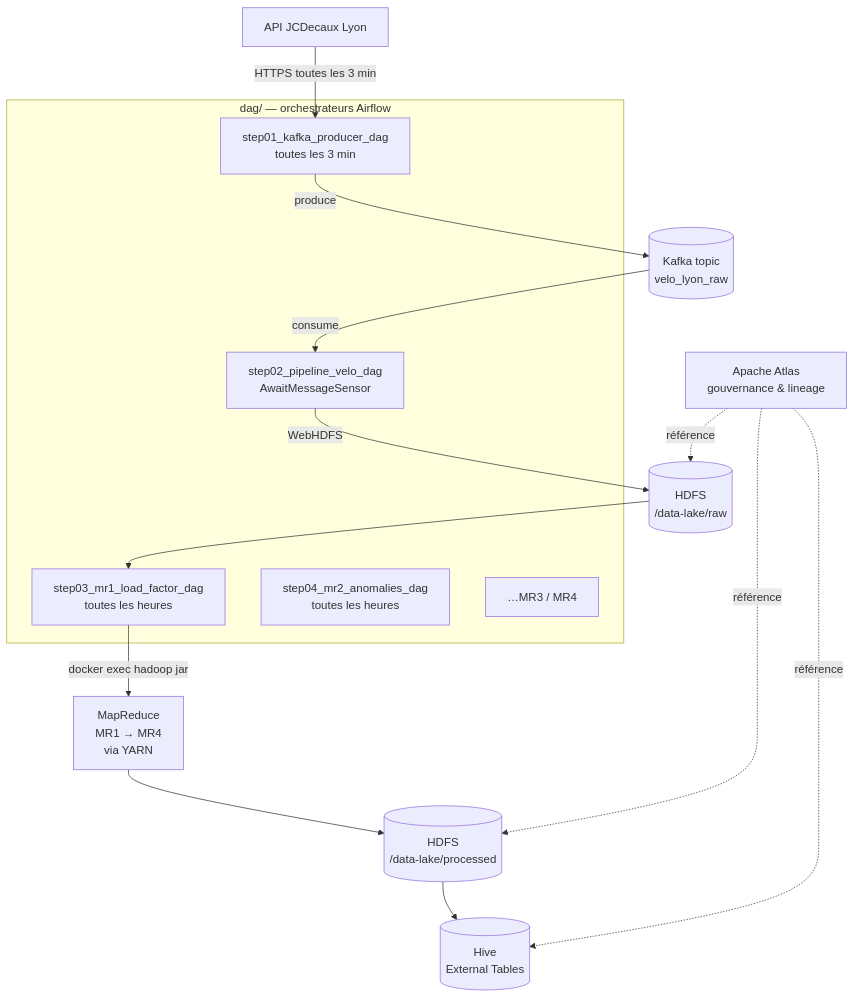
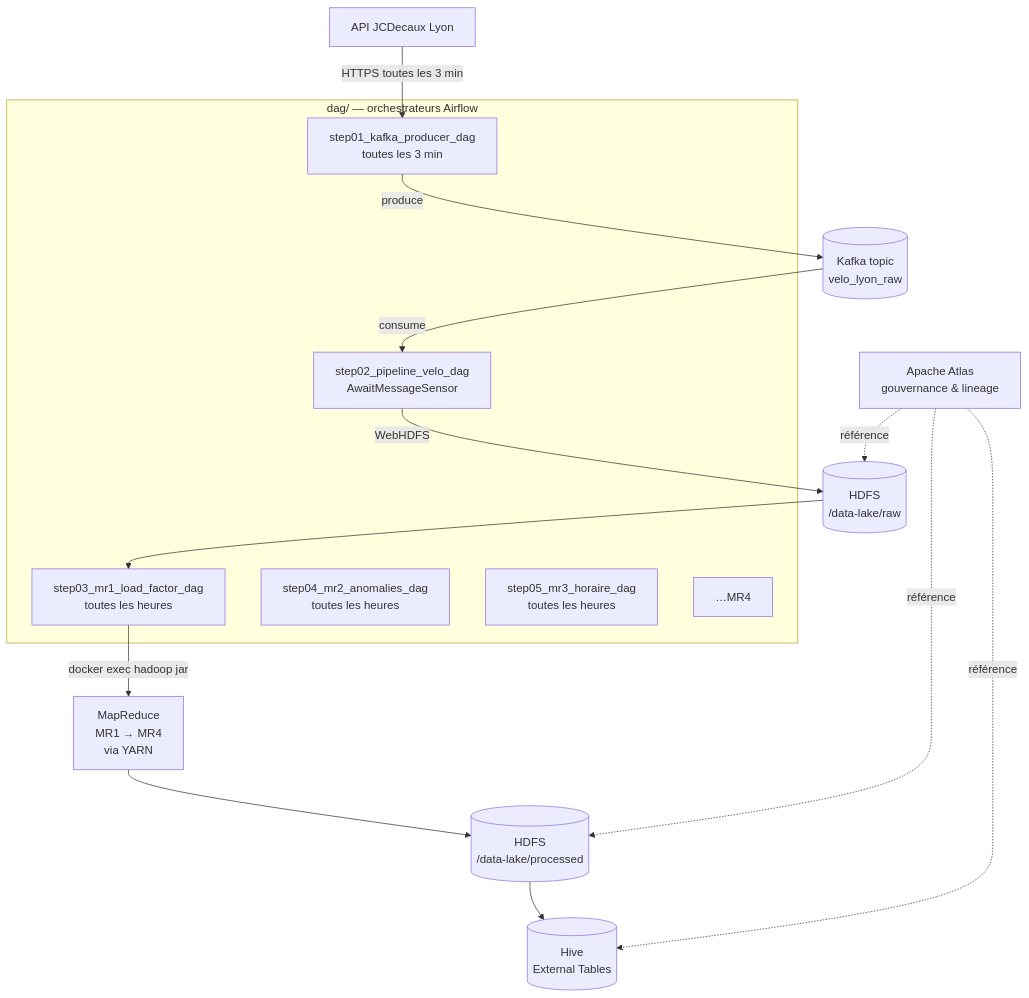
The diagram in README.md (alexishs/velos_lyon), drawn with Mermaid before and after one commit. The commit also changed other lines of this file and 5 other files, not shown here.

````diff
--- a/README.md
+++ b/README.md
@@ -20,31 +20,32 @@
 ```mermaid
 flowchart TD
     API[API JCDecaux Lyon]
     KAFKA[(Kafka topic<br/>velo_lyon_raw)]
     RAW[(HDFS<br/>/data-lake/raw)]
     MR[MapReduce<br/>MR1 → MR4<br/>via YARN]
     PROC[(HDFS<br/>/data-lake/processed)]
     HIVE[(Hive<br/>External Tables)]
     ATLAS[Apache Atlas<br/>gouvernance & lineage]
 
     subgraph dags["dag/ — orchestrateurs Airflow"]
         D1[step01_kafka_producer_dag<br/>toutes les 3 min]
         D2[step02_pipeline_velo_dag<br/>AwaitMessageSensor]
         D3[step03_mr1_load_factor_dag<br/>toutes les heures]
         D4[step04_mr2_anomalies_dag<br/>toutes les heures]
-        D5[…MR3 / MR4]
+        D5[step05_mr3_horaire_dag<br/>toutes les heures]
+        D6[…MR4]
     end
 
     API -->|HTTPS toutes les 3 min| D1
     D1 -->|produce| KAFKA
     KAFKA -->|consume| D2
     D2 -->|WebHDFS| RAW
     RAW --> D3
     D3 -->|docker exec hadoop jar| MR
     MR --> PROC
     PROC --> HIVE
 
     ATLAS -.référence.-> RAW
     ATLAS -.référence.-> PROC
     ATLAS -.référence.-> HIVE
 ```
````
